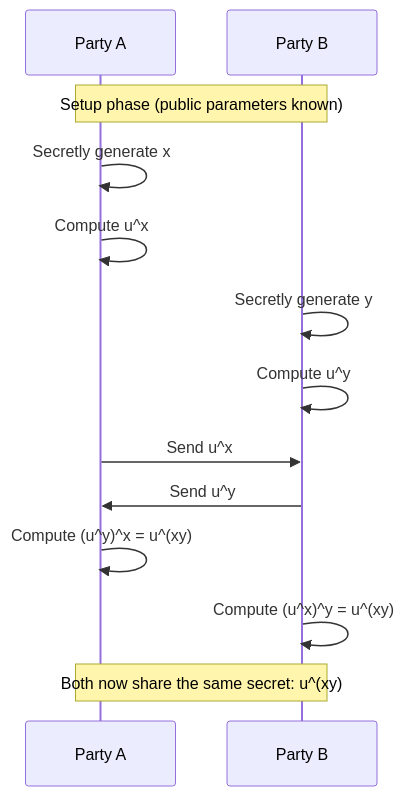
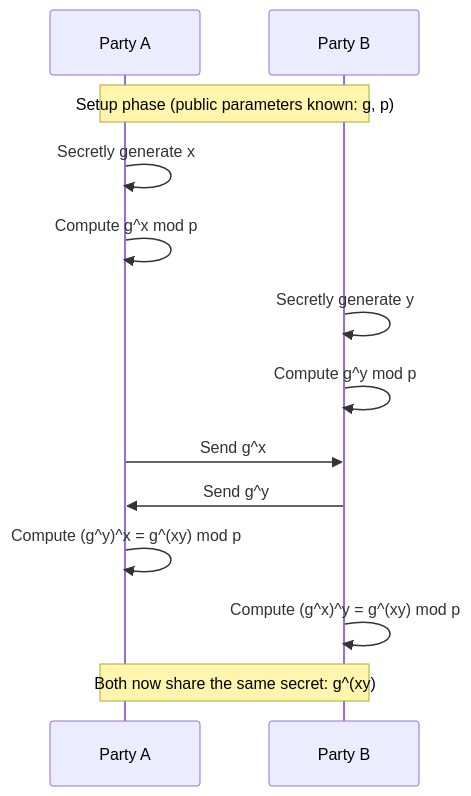
The first of 2 diagrams in README.md (tsamridh86/security-documentation), drawn with Mermaid before and after one commit. The commit also changed other lines of this file, not shown here.

````diff
--- a/README.md
+++ b/README.md
@@ -102,20 +102,20 @@
 ```mermaid
 sequenceDiagram
     participant A as Party A
     participant B as Party B
     
-    Note over A,B: Setup phase (public parameters known)
+    Note over A,B: Setup phase (public parameters known: g, p)
     
     A->>A: Secretly generate x
-    A->>A: Compute u^x
+    A->>A: Compute g^x mod p
     B->>B: Secretly generate y
-    B->>B: Compute u^y
+    B->>B: Compute g^y mod p
     
-    A->>B: Send u^x
-    B->>A: Send u^y
+    A->>B: Send g^x
+    B->>A: Send g^y
     
-    A->>A: Compute (u^y)^x = u^(xy)
-    B->>B: Compute (u^x)^y = u^(xy)
+    A->>A: Compute (g^y)^x = g^(xy) mod p
+    B->>B: Compute (g^x)^y = g^(xy) mod p
     
-    Note over A,B: Both now share the same secret: u^(xy)
+    Note over A,B: Both now share the same secret: g^(xy)
 ```
````
